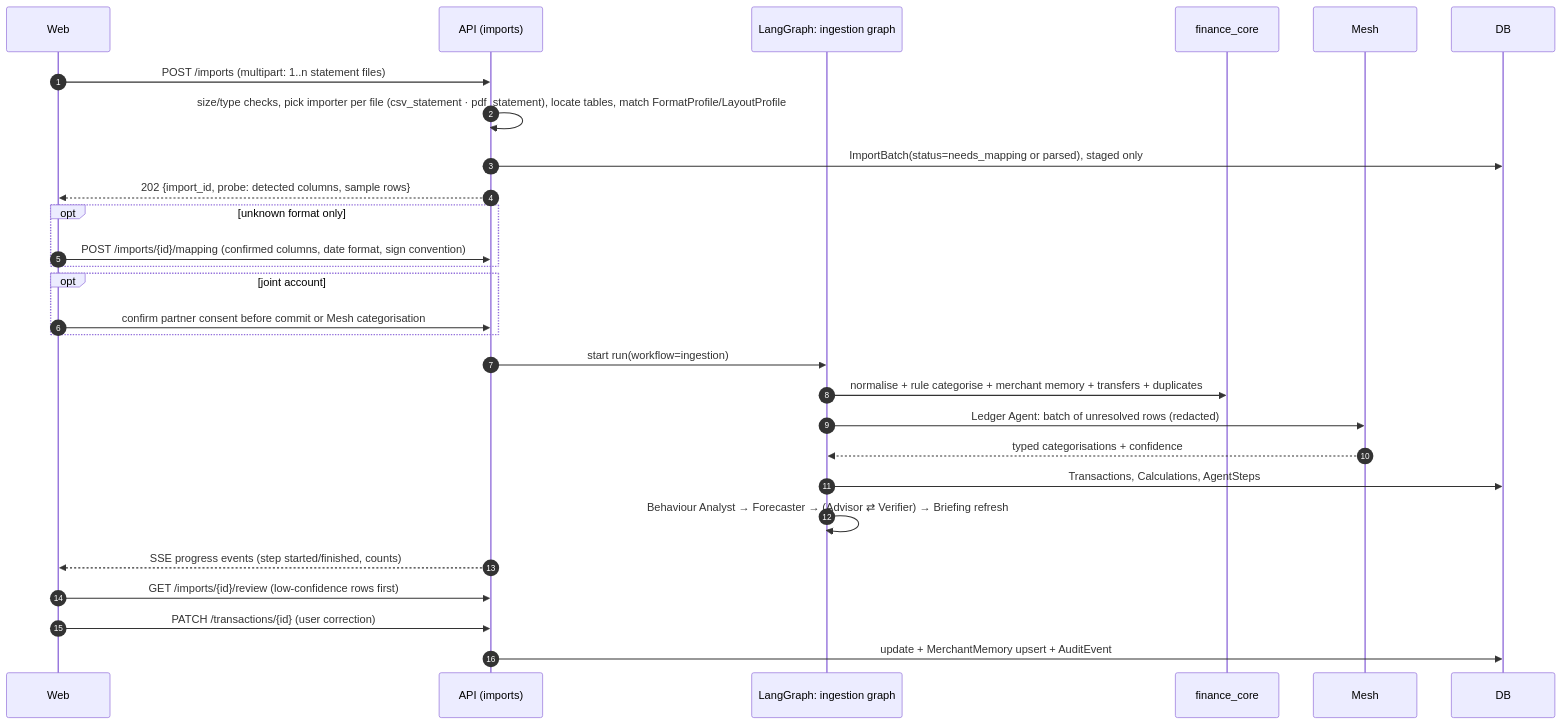
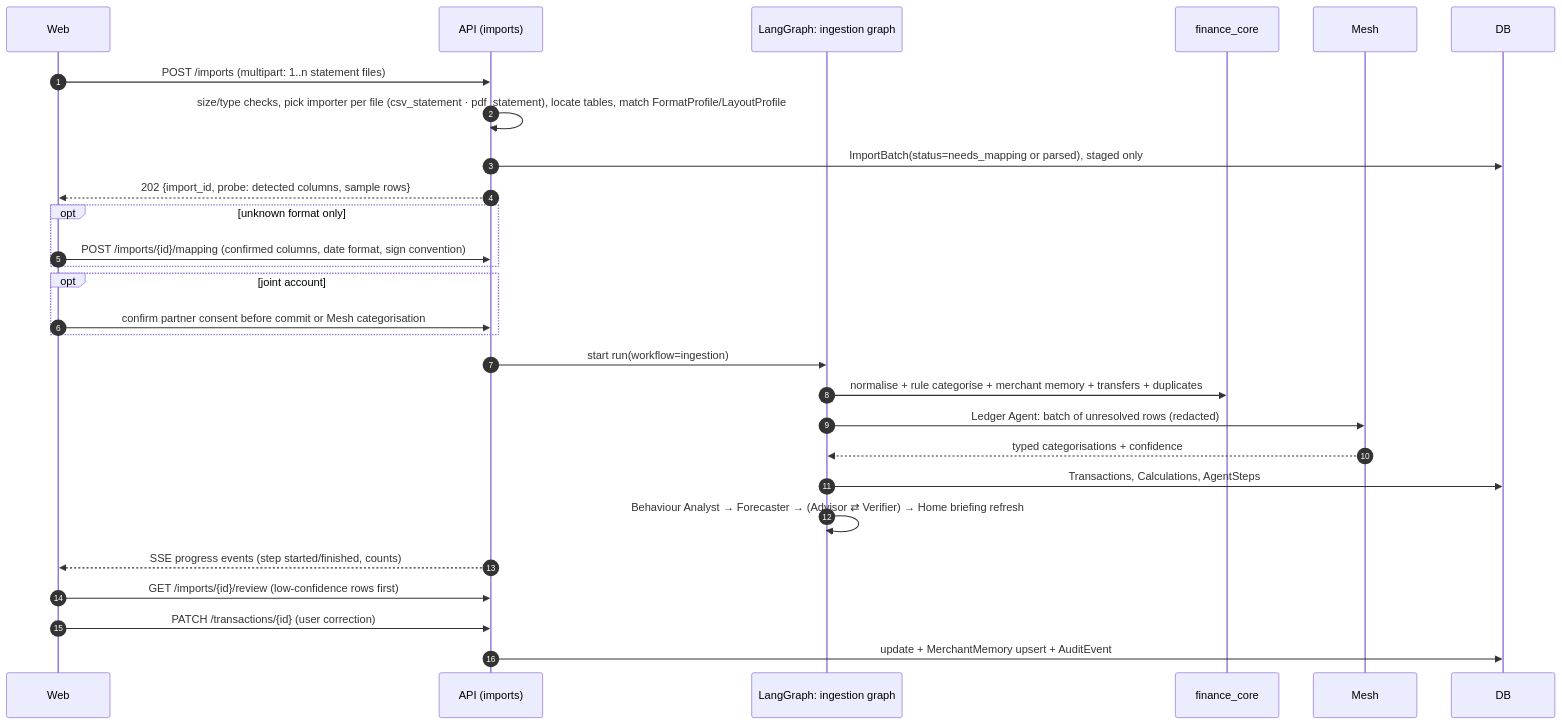
One commit to olaheavy-dev/Foresight changed the fifth of 7 diagrams in docs/05-SYSTEM-ARCHITECTURE.md. Above: the diagram before and after it, drawn with Mermaid. The commit also changed other lines of this file and 122 other files, not shown here.

````diff
--- a/docs/05-SYSTEM-ARCHITECTURE.md
+++ b/docs/05-SYSTEM-ARCHITECTURE.md
@@ -243,30 +243,30 @@
 ```mermaid
 sequenceDiagram
     autonumber
     participant W as Web
     participant A as API (imports)
     participant G as LangGraph: ingestion graph
     participant F as finance_core
     participant M as Mesh
     participant D as DB
     W->>A: POST /imports (multipart: 1..n statement files)
     A->>A: size/type checks, pick importer per file (csv_statement · pdf_statement), locate tables, match FormatProfile/LayoutProfile
     A->>D: ImportBatch(status=needs_mapping or parsed), staged only
     A-->>W: 202 {import_id, probe: detected columns, sample rows}
     opt unknown format only
       W->>A: POST /imports/{id}/mapping (confirmed columns, date format, sign convention)
     end
     opt joint account
       W->>A: confirm partner consent before commit or Mesh categorisation
     end
     A->>G: start run(workflow=ingestion)
     G->>F: normalise + rule categorise + merchant memory + transfers + duplicates
     G->>M: Ledger Agent: batch of unresolved rows (redacted)
     M-->>G: typed categorisations + confidence
     G->>D: Transactions, Calculations, AgentSteps
-    G->>G: Behaviour Analyst → Forecaster → (Advisor ⇄ Verifier) → Briefing refresh
+    G->>G: Behaviour Analyst → Forecaster → (Advisor ⇄ Verifier) → Home briefing refresh
     A-->>W: SSE progress events (step started/finished, counts)
     W->>A: GET /imports/{id}/review (low-confidence rows first)
     W->>A: PATCH /transactions/{id} (user correction)
     A->>D: update + MerchantMemory upsert + AuditEvent
 ```
````
